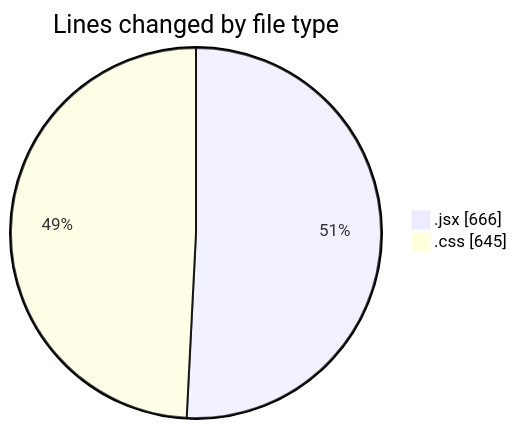
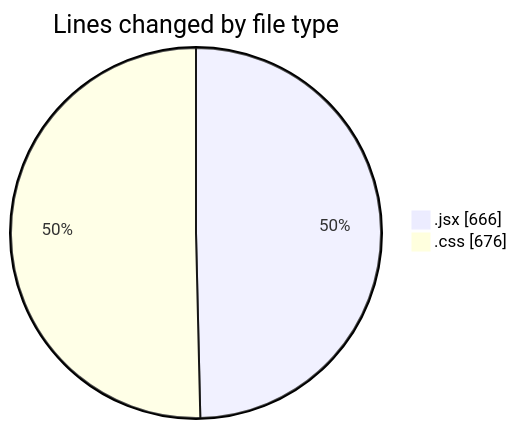
One commit to BS-eng2023/code-tracking changed the first of 2 diagrams in 2025-05-08/recipe-app/README.md. Above: the diagram before and after it, drawn with Mermaid. The commit also changed other lines of this file and 1 other file, not shown here.

````diff
--- a/2025-05-08/recipe-app/README.md
+++ b/2025-05-08/recipe-app/README.md
@@ -25,6 +25,6 @@
 ```mermaid
 pie showData
 title Lines changed by file type
 ".jsx" : 666
-".css" : 645
+".css" : 676
 ```
````
